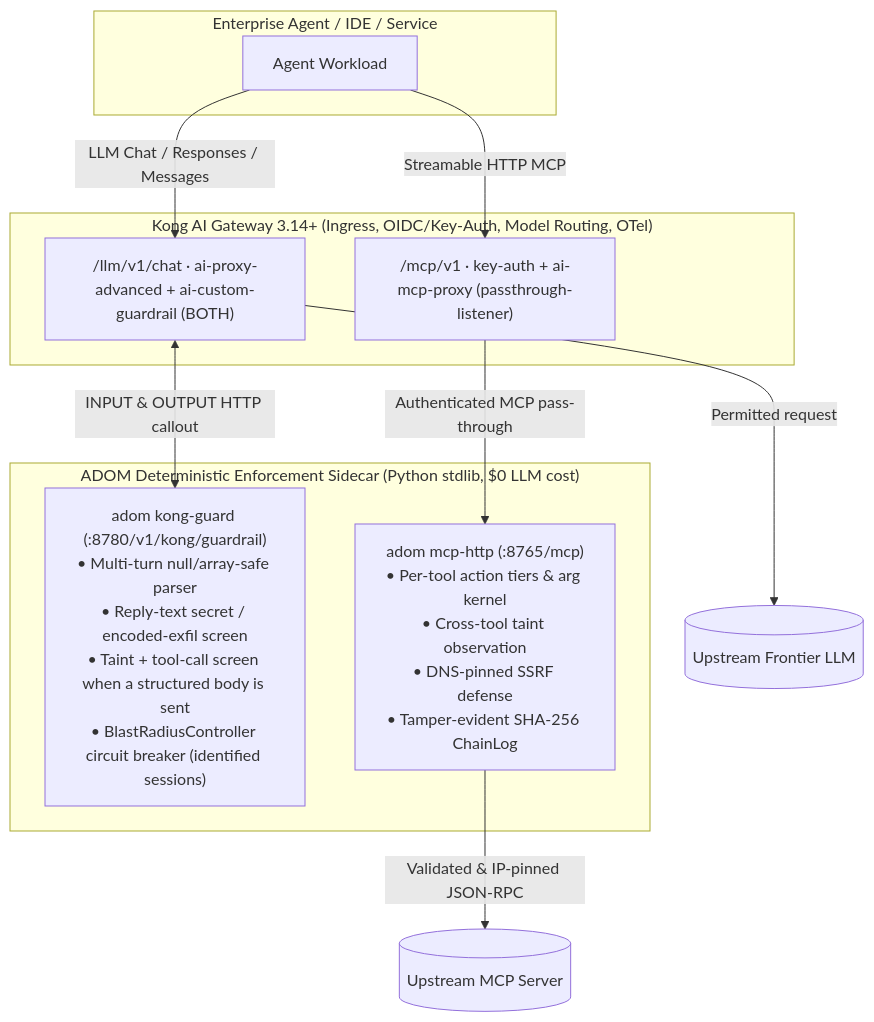
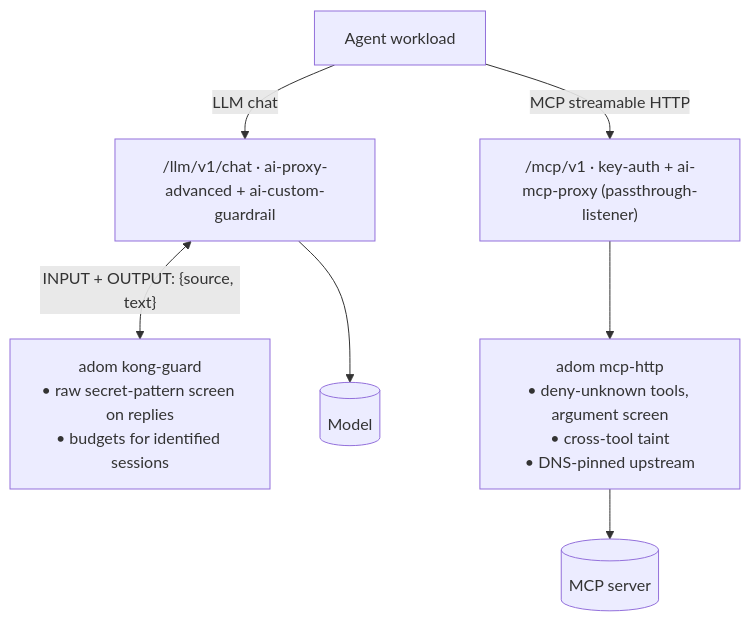
One commit to SilkForgeAi/adom-agent-security changed the diagram in docs/KONG_AI_GATEWAY_ARCHITECTURE.md. Above: the diagram before and after it, drawn with Mermaid. The commit also changed other lines of this file and 6 other files, not shown here.

````diff
--- a/docs/KONG_AI_GATEWAY_ARCHITECTURE.md
+++ b/docs/KONG_AI_GATEWAY_ARCHITECTURE.md
@@ -27,27 +95,9 @@
 ```mermaid
 flowchart TB
-    subgraph ClientLayer["Enterprise Agent / IDE / Service"]
-        A[Agent Workload]
-    end
-
-    subgraph KongPlane["Kong AI Gateway 3.14+ (Ingress, OIDC/Key-Auth, Model Routing, OTel)"]
-        LRoute["/llm/v1/chat · ai-proxy-advanced + ai-custom-guardrail (BOTH)"]
-        MRoute["/mcp/v1 · key-auth + ai-mcp-proxy (passthrough-listener)"]
-    end
-
-    subgraph AdomPlane["ADOM Deterministic Enforcement Sidecar (Python stdlib, $0 LLM cost)"]
-        KG["adom kong-guard (:8780/v1/kong/guardrail)\n• Multi-turn null/array-safe parser\n• Reply-text secret / encoded-exfil screen\n• Taint + tool-call screen when a structured body is sent\n• BlastRadiusController circuit breaker (identified sessions)"]
-        MP["adom mcp-http (:8765/mcp)\n• Per-tool action tiers & arg kernel\n• Cross-tool taint observation\n• DNS-pinned SSRF defense\n• Tamper-evident SHA-256 ChainLog"]
-    end
-
-    LLM[(Upstream Frontier LLM)]
-    MCP[(Upstream MCP Server)]
-
-    A -->|LLM Chat / Responses / Messages| LRoute
-    LRoute <-->|INPUT & OUTPUT HTTP callout| KG
-    LRoute -->|Permitted request| LLM
-
-    A -->|Streamable HTTP MCP| MRoute
-    MRoute -->|Authenticated MCP pass-through| MP
-    MP -->|Validated & IP-pinned JSON-RPC| MCP
+    A[Agent workload] -->|LLM chat| LR["/llm/v1/chat · ai-proxy-advanced + ai-custom-guardrail"]
+    A -->|MCP streamable HTTP| MR["/mcp/v1 · key-auth + ai-mcp-proxy (passthrough-listener)"]
+    LR <-->|"INPUT + OUTPUT: {source, text}"| KG["adom kong-guard\n• raw secret-pattern screen on replies\n• budgets for identified sessions"]
+    LR --> LLM[(Model)]
+    MR --> MP["adom mcp-http\n• deny-unknown tools, argument screen\n• cross-tool taint\n• DNS-pinned upstream"]
+    MP --> MCP[(MCP server)]
 ```
````
